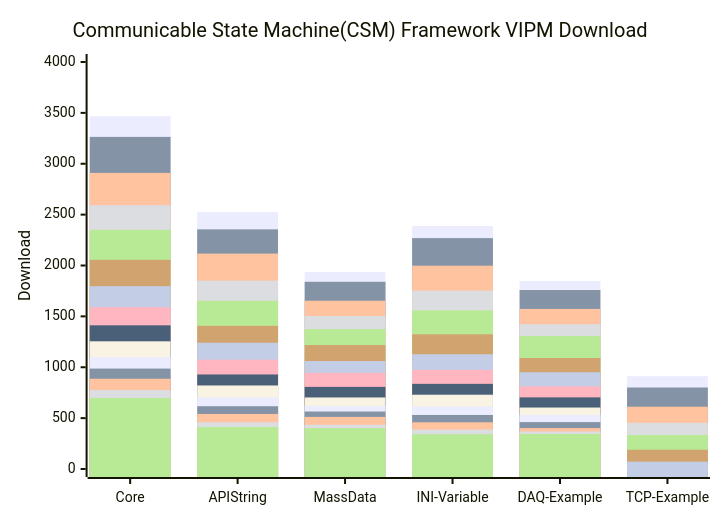
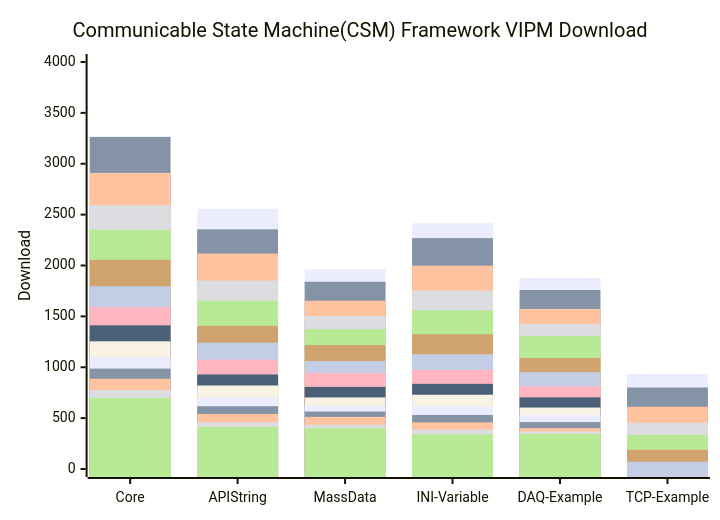
The diagram in profile/README.md (NEVSTOP-LAB/.github), drawn with Mermaid before and after one commit.

````diff
--- a/profile/README.md
+++ b/profile/README.md
@@ -31,21 +31,21 @@
 ```mermaid
     xychart-beta
     title "Communicable State Machine(CSM) Framework VIPM Download"
     x-axis [Core, API String, MassData, INI-Variable, DAQ-Example, TCP-Example]
     y-axis "Download" 0 --> 4000
-    bar   [3467, 2525, 1935, 2388, 1848, 912]
+    bar   [2508, 2557, 1963, 2416, 1875, 931]
     bar   [3264, 2355, 1840, 2269, 1759, 801]
     bar   [2910, 2117, 1654, 1998, 1573, 612]
     bar   [2593, 1851, 1503, 1753, 1423, 454]
     bar   [2350, 1653, 1374, 1559, 1308, 334]
     bar   [2056, 1407, 1218, 1324, 1091, 189]
     bar   [1797, 1241, 1061, 1128, 951, 72]
     bar   [1590, 1074, 945, 974, 813]
     bar   [1412, 929, 807, 837, 704]
     bar   [1255, 821, 703, 730, 604]
     bar   [1101, 703, 621, 615, 532]
     bar   [987, 617, 565, 531, 461]
     bar   [887, 541, 512, 459, 402]
     bar   [776, 459, 435, 387, 369]
     bar   [698, 412, 402, 341, 344]
 ```
````
